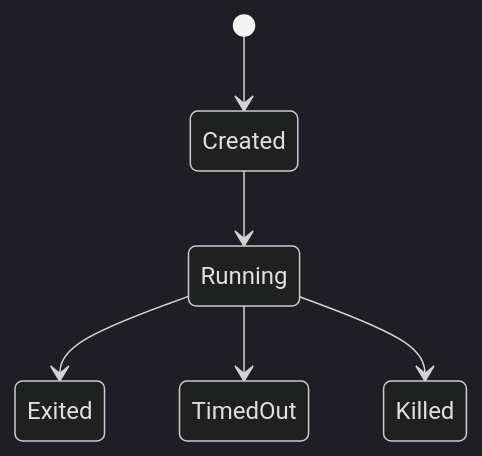
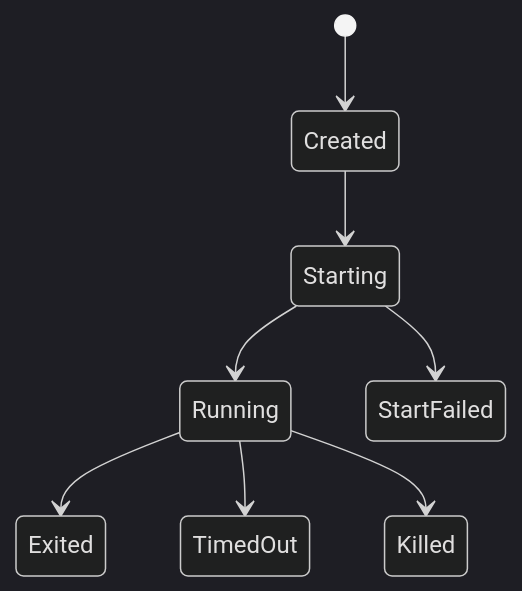
One commit to leeson1/Hive-Design changed the third of 3 diagrams in docs/03-state-model/02-对象状态迁移.md. Above: the diagram before and after it, drawn with Mermaid (dark theme). The commit also changed other lines of this file and 20 other files, not shown here.

Commit message:
docs: tighten reference architecture boundaries

````diff
--- a/docs/03-state-model/02-对象状态迁移.md
+++ b/docs/03-state-model/02-对象状态迁移.md
@@ -87,8 +91,10 @@
 ```mermaid
 stateDiagram-v2
     [*] --> Created
-    Created --> Running
+    Created --> Starting
+    Starting --> Running
+    Starting --> StartFailed
     Running --> Exited
     Running --> TimedOut
     Running --> Killed
 ```
````
